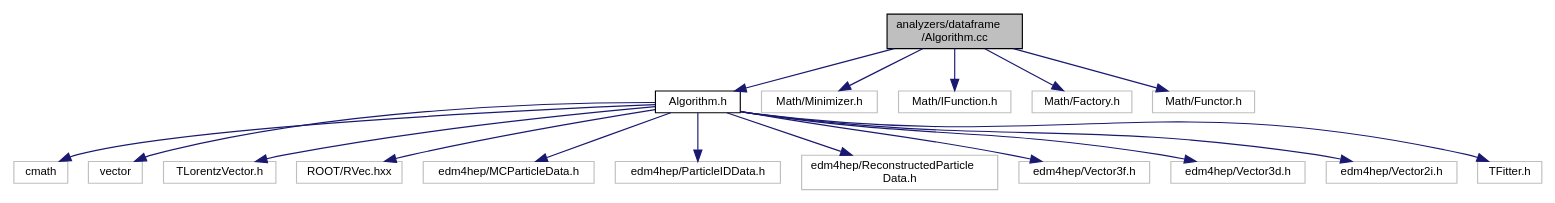
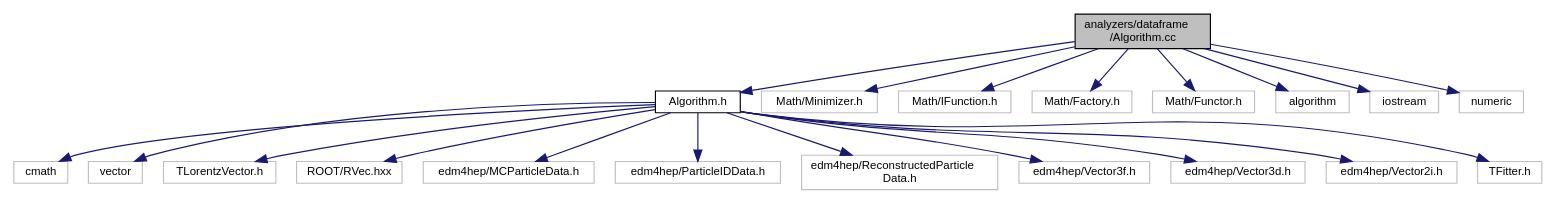
Before and after one commit to HEP-FCC/FCCAnalyses: the diagram in doc/latest/_algorithm_8cc__incl.dot, drawn with Graphviz. The commit also changed 121 other files, not shown here.

```diff
--- a/doc/latest/_algorithm_8cc__incl.dot
+++ b/doc/latest/_algorithm_8cc__incl.dot
@@ -1,39 +1,45 @@
 digraph "analyzers/dataframe/Algorithm.cc"
 {
  // LATEX_PDF_SIZE
   edge [fontname="Helvetica",fontsize="10",labelfontname="Helvetica",labelfontsize="10"];
   node [fontname="Helvetica",fontsize="10",shape=record];
   Node1 [label="analyzers/dataframe\l/Algorithm.cc",height=0.2,width=0.4,color="black", fillcolor="grey75", style="filled", fontcolor="black",tooltip=" "];
   Node1 -> Node2 [color="midnightblue",fontsize="10",style="solid",fontname="Helvetica"];
   Node2 [label="Algorithm.h",height=0.2,width=0.4,color="black", fillcolor="white", style="filled",URL="$_algorithm_8h.html",tooltip=" "];
   Node2 -> Node3 [color="midnightblue",fontsize="10",style="solid",fontname="Helvetica"];
   Node3 [label="cmath",height=0.2,width=0.4,color="grey75", fillcolor="white", style="filled",tooltip=" "];
   Node2 -> Node4 [color="midnightblue",fontsize="10",style="solid",fontname="Helvetica"];
   Node4 [label="vector",height=0.2,width=0.4,color="grey75", fillcolor="white", style="filled",tooltip=" "];
   Node2 -> Node5 [color="midnightblue",fontsize="10",style="solid",fontname="Helvetica"];
   Node5 [label="TLorentzVector.h",height=0.2,width=0.4,color="grey75", fillcolor="white", style="filled",tooltip=" "];
   Node2 -> Node6 [color="midnightblue",fontsize="10",style="solid",fontname="Helvetica"];
   Node6 [label="ROOT/RVec.hxx",height=0.2,width=0.4,color="grey75", fillcolor="white", style="filled",tooltip=" "];
   Node2 -> Node7 [color="midnightblue",fontsize="10",style="solid",fontname="Helvetica"];
   Node7 [label="edm4hep/MCParticleData.h",height=0.2,width=0.4,color="grey75", fillcolor="white", style="filled",tooltip=" "];
   Node2 -> Node8 [color="midnightblue",fontsize="10",style="solid",fontname="Helvetica"];
   Node8 [label="edm4hep/ParticleIDData.h",height=0.2,width=0.4,color="grey75", fillcolor="white", style="filled",tooltip=" "];
   Node2 -> Node9 [color="midnightblue",fontsize="10",style="solid",fontname="Helvetica"];
   Node9 [label="edm4hep/ReconstructedParticle\lData.h",height=0.2,width=0.4,color="grey75", fillcolor="white", style="filled",tooltip=" "];
   Node2 -> Node10 [color="midnightblue",fontsize="10",style="solid",fontname="Helvetica"];
   Node10 [label="edm4hep/Vector3f.h",height=0.2,width=0.4,color="grey75", fillcolor="white", style="filled",tooltip=" "];
   Node2 -> Node11 [color="midnightblue",fontsize="10",style="solid",fontname="Helvetica"];
   Node11 [label="edm4hep/Vector3d.h",height=0.2,width=0.4,color="grey75", fillcolor="white", style="filled",tooltip=" "];
   Node2 -> Node12 [color="midnightblue",fontsize="10",style="solid",fontname="Helvetica"];
   Node12 [label="edm4hep/Vector2i.h",height=0.2,width=0.4,color="grey75", fillcolor="white", style="filled",tooltip=" "];
   Node2 -> Node13 [color="midnightblue",fontsize="10",style="solid",fontname="Helvetica"];
   Node13 [label="TFitter.h",height=0.2,width=0.4,color="grey75", fillcolor="white", style="filled",tooltip=" "];
   Node1 -> Node14 [color="midnightblue",fontsize="10",style="solid",fontname="Helvetica"];
   Node14 [label="Math/Minimizer.h",height=0.2,width=0.4,color="grey75", fillcolor="white", style="filled",tooltip=" "];
   Node1 -> Node15 [color="midnightblue",fontsize="10",style="solid",fontname="Helvetica"];
   Node15 [label="Math/IFunction.h",height=0.2,width=0.4,color="grey75", fillcolor="white", style="filled",tooltip=" "];
   Node1 -> Node16 [color="midnightblue",fontsize="10",style="solid",fontname="Helvetica"];
   Node16 [label="Math/Factory.h",height=0.2,width=0.4,color="grey75", fillcolor="white", style="filled",tooltip=" "];
   Node1 -> Node17 [color="midnightblue",fontsize="10",style="solid",fontname="Helvetica"];
   Node17 [label="Math/Functor.h",height=0.2,width=0.4,color="grey75", fillcolor="white", style="filled",tooltip=" "];
+  Node1 -> Node18 [color="midnightblue",fontsize="10",style="solid",fontname="Helvetica"];
+  Node18 [label="algorithm",height=0.2,width=0.4,color="grey75", fillcolor="white", style="filled",tooltip=" "];
+  Node1 -> Node19 [color="midnightblue",fontsize="10",style="solid",fontname="Helvetica"];
+  Node19 [label="iostream",height=0.2,width=0.4,color="grey75", fillcolor="white", style="filled",tooltip=" "];
+  Node1 -> Node20 [color="midnightblue",fontsize="10",style="solid",fontname="Helvetica"];
+  Node20 [label="numeric",height=0.2,width=0.4,color="grey75", fillcolor="white", style="filled",tooltip=" "];
 }
```
